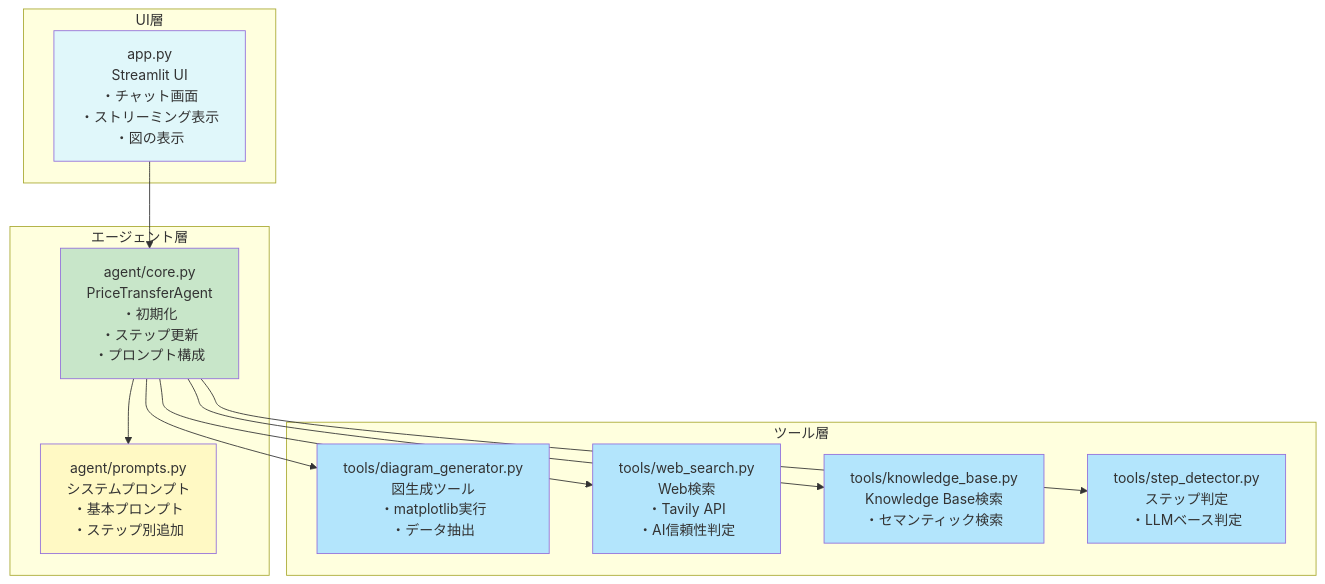
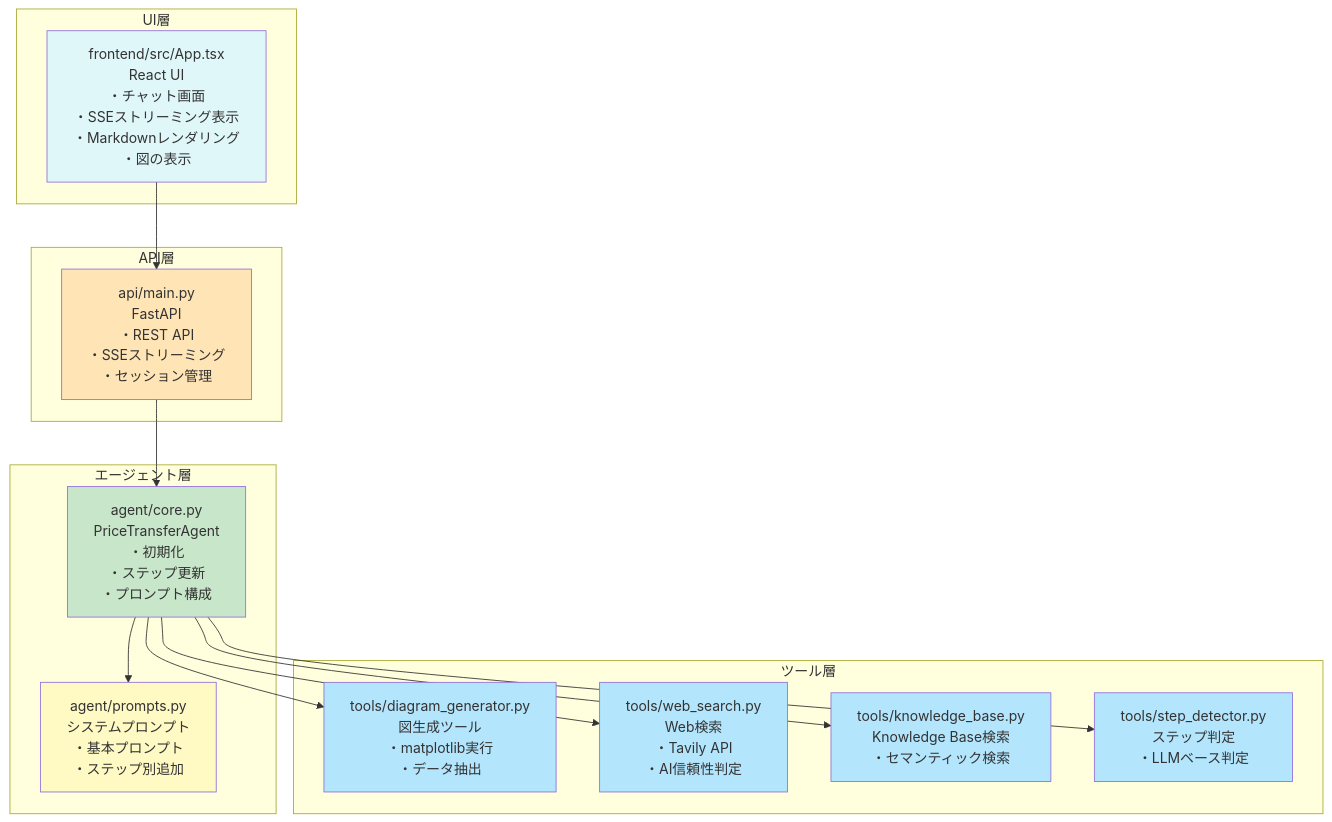
Before and after one commit to riku-to-koba/SME-Agency-Price-Transfer-Support-AI: the fifth of 7 diagrams in docs/ARCHITECTURE.md, drawn with Mermaid. The commit also changed other lines of this file and 25 other files, not shown here.

````diff
--- a/docs/ARCHITECTURE.md
+++ b/docs/ARCHITECTURE.md
@@ -125,33 +134,39 @@
 ```mermaid
 graph TB
     subgraph UI層
-        APP[app.py<br/>Streamlit UI<br/>・チャット画面<br/>・ストリーミング表示<br/>・図の表示]
+        FRONTEND[frontend/src/App.tsx<br/>React UI<br/>・チャット画面<br/>・SSEストリーミング表示<br/>・Markdownレンダリング<br/>・図の表示]
+    end
+    
+    subgraph API層
+        API[api/main.py<br/>FastAPI<br/>・REST API<br/>・SSEストリーミング<br/>・セッション管理]
     end
 
     subgraph エージェント層
         CORE[agent/core.py<br/>PriceTransferAgent<br/>・初期化<br/>・ステップ更新<br/>・プロンプト構成]
         PROMPT[agent/prompts.py<br/>システムプロンプト<br/>・基本プロンプト<br/>・ステップ別追加]
     end
 
     subgraph ツール層
         DIAGRAM[tools/diagram_generator.py<br/>図生成ツール<br/>・matplotlib実行<br/>・データ抽出]
         WEB[tools/web_search.py<br/>Web検索<br/>・Tavily API<br/>・AI信頼性判定]
         KB[tools/knowledge_base.py<br/>Knowledge Base検索<br/>・セマンティック検索]
         DETECTOR[tools/step_detector.py<br/>ステップ判定<br/>・LLMベース判定]
     end
 
-    APP --> CORE
+    FRONTEND --> API
+    API --> CORE
     CORE --> PROMPT
     CORE --> DIAGRAM
     CORE --> WEB
     CORE --> KB
     CORE --> DETECTOR
 
-    style APP fill:#E0F7FA
+    style FRONTEND fill:#E0F7FA
+    style API fill:#FFE4B5
     style CORE fill:#C8E6C9
     style PROMPT fill:#FFF9C4
     style DIAGRAM fill:#B3E5FC
     style WEB fill:#B3E5FC
     style KB fill:#B3E5FC
     style DETECTOR fill:#B3E5FC
 ```
````
